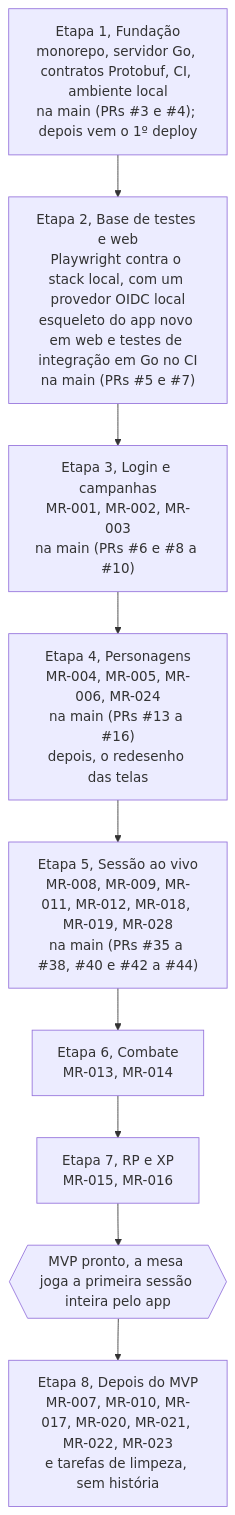
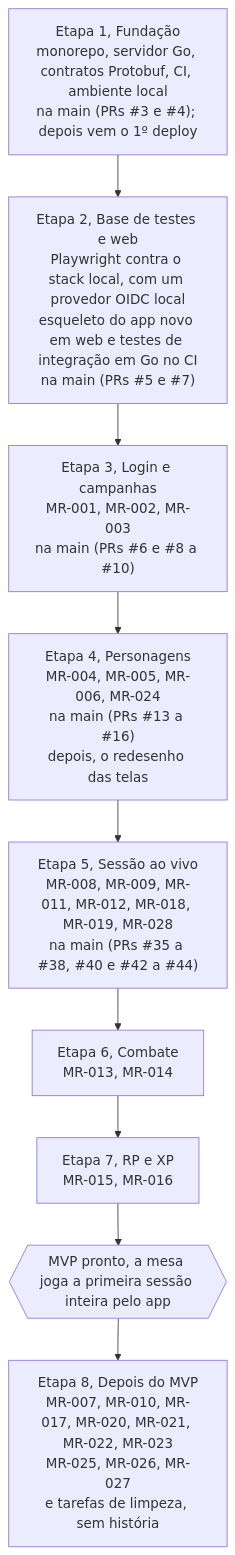
The diagram in docs/roadmap.md (PuraFome/meuRPG), drawn with Mermaid before and after one commit. The commit also changed other lines of this file and 7 other files, not shown here.

````diff
--- a/docs/roadmap.md
+++ b/docs/roadmap.md
@@ -5,14 +5,14 @@
 ```mermaid
 flowchart TD
     E1["Etapa 1, Fundação<br/>monorepo, servidor Go, contratos Protobuf, CI, ambiente local<br/>na main (PRs #3 e #4); depois vem o 1º deploy"]
     E2["Etapa 2, Base de testes e web<br/>Playwright contra o stack local, com um provedor OIDC local<br/>esqueleto do app novo em web e testes de integração em Go no CI<br/>na main (PRs #5 e #7)"]
     E3["Etapa 3, Login e campanhas<br/>MR-001, MR-002, MR-003<br/>na main (PRs #6 e #8 a #10)"]
     E4["Etapa 4, Personagens<br/>MR-004, MR-005, MR-006, MR-024<br/>na main (PRs #13 a #16)<br/>depois, o redesenho das telas"]
     E5["Etapa 5, Sessão ao vivo<br/>MR-008, MR-009, MR-011, MR-012, MR-018, MR-019, MR-028<br/>na main (PRs #35 a #38, #40 e #42 a #44)"]
     E6["Etapa 6, Combate<br/>MR-013, MR-014"]
     E7["Etapa 7, RP e XP<br/>MR-015, MR-016"]
     MVP{{"MVP pronto, a mesa joga a primeira sessão inteira pelo app"}}
-    E8["Etapa 8, Depois do MVP<br/>MR-007, MR-010, MR-017, MR-020, MR-021, MR-022, MR-023<br/>e tarefas de limpeza, sem história"]
+    E8["Etapa 8, Depois do MVP<br/>MR-007, MR-010, MR-017, MR-020, MR-021, MR-022, MR-023<br/>MR-025, MR-026, MR-027<br/>e tarefas de limpeza, sem história"]
 
     E1 --> E2 --> E3 --> E4 --> E5 --> E6 --> E7 --> MVP --> E8
 ```
````
